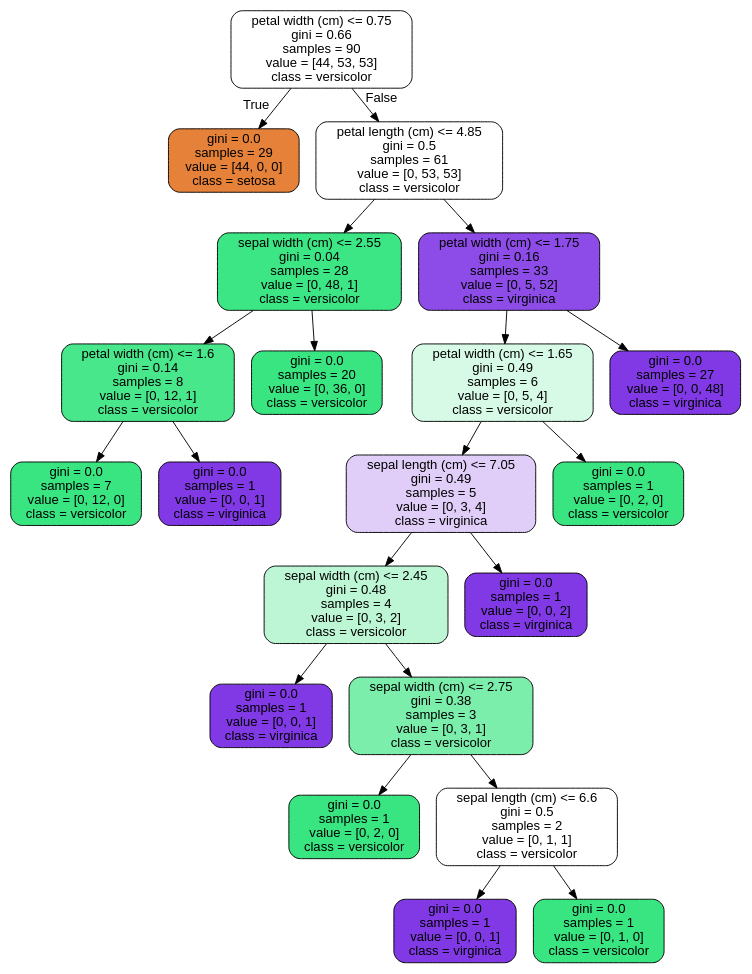
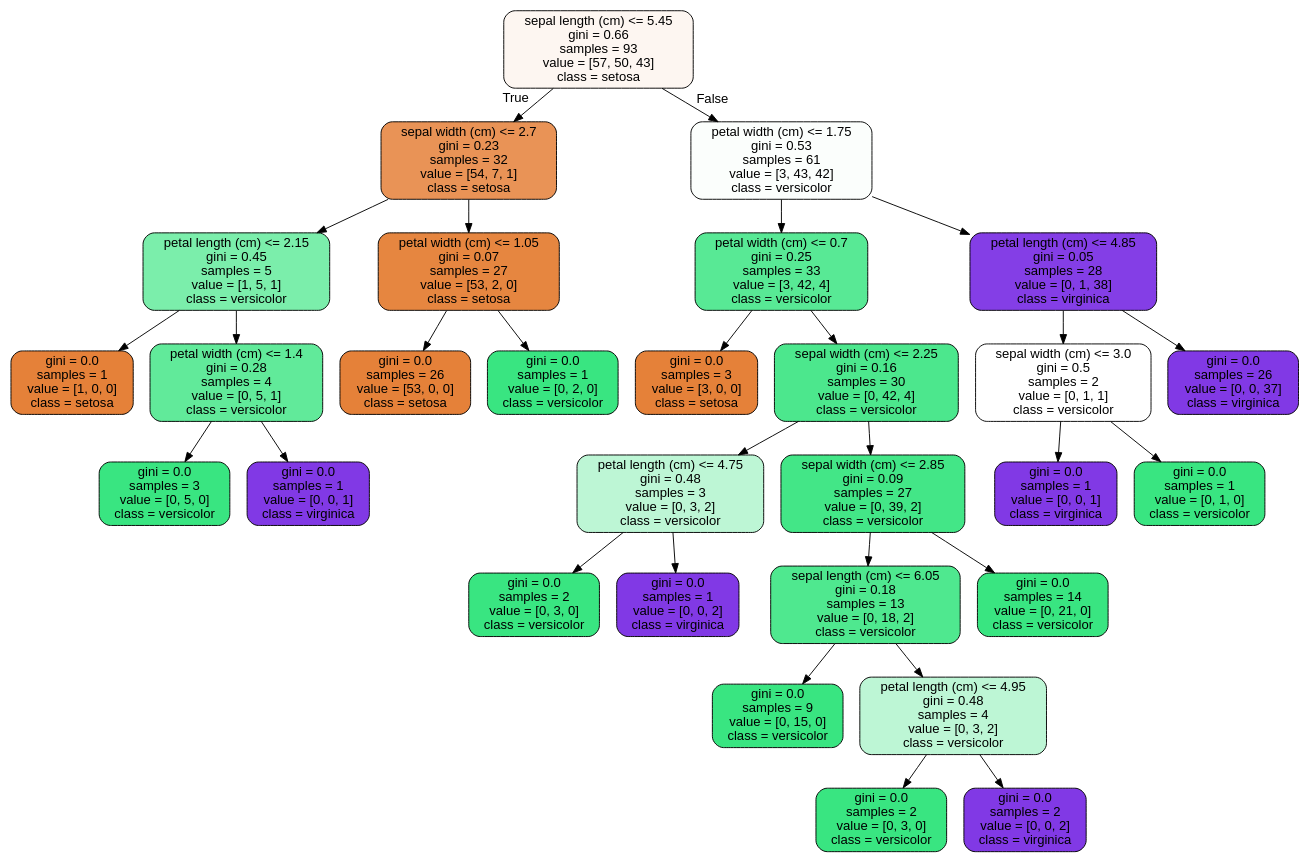
Before and after one commit to arielletannin/springboard: the diagram in 14.4 RandomForest Covid Case Study/tree.dot, drawn with Graphviz. The commit also changed 4 other files, not shown here.

```diff
--- a/14.4 RandomForest Covid Case Study/tree.dot
+++ b/14.4 RandomForest Covid Case Study/tree.dot
@@ -1,45 +1,61 @@
 digraph Tree {
 node [shape=box, style="filled, rounded", color="black", fontname=helvetica] ;
 edge [fontname=helvetica] ;
-0 [label="petal width (cm) <= 0.75\ngini = 0.66\nsamples = 90\nvalue = [44, 53, 53]\nclass = versicolor", fillcolor="#ffffff"] ;
-1 [label="gini = 0.0\nsamples = 29\nvalue = [44, 0, 0]\nclass = setosa", fillcolor="#e58139"] ;
+0 [label="sepal length (cm) <= 5.45\ngini = 0.66\nsamples = 93\nvalue = [57, 50, 43]\nclass = setosa", fillcolor="#fdf6f1"] ;
+1 [label="sepal width (cm) <= 2.7\ngini = 0.23\nsamples = 32\nvalue = [54, 7, 1]\nclass = setosa", fillcolor="#e99356"] ;
 0 -> 1 [labeldistance=2.5, labelangle=45, headlabel="True"] ;
-2 [label="petal length (cm) <= 4.85\ngini = 0.5\nsamples = 61\nvalue = [0, 53, 53]\nclass = versicolor", fillcolor="#ffffff"] ;
-0 -> 2 [labeldistance=2.5, labelangle=-45, headlabel="False"] ;
-3 [label="sepal width (cm) <= 2.55\ngini = 0.04\nsamples = 28\nvalue = [0, 48, 1]\nclass = versicolor", fillcolor="#3de684"] ;
+2 [label="petal length (cm) <= 2.15\ngini = 0.45\nsamples = 5\nvalue = [1, 5, 1]\nclass = versicolor", fillcolor="#7beeab"] ;
+1 -> 2 ;
+3 [label="gini = 0.0\nsamples = 1\nvalue = [1, 0, 0]\nclass = setosa", fillcolor="#e58139"] ;
 2 -> 3 ;
-4 [label="petal width (cm) <= 1.6\ngini = 0.14\nsamples = 8\nvalue = [0, 12, 1]\nclass = versicolor", fillcolor="#49e78c"] ;
-3 -> 4 ;
-5 [label="gini = 0.0\nsamples = 7\nvalue = [0, 12, 0]\nclass = versicolor", fillcolor="#39e581"] ;
+4 [label="petal width (cm) <= 1.4\ngini = 0.28\nsamples = 4\nvalue = [0, 5, 1]\nclass = versicolor", fillcolor="#61ea9a"] ;
+2 -> 4 ;
+5 [label="gini = 0.0\nsamples = 3\nvalue = [0, 5, 0]\nclass = versicolor", fillcolor="#39e581"] ;
 4 -> 5 ;
 6 [label="gini = 0.0\nsamples = 1\nvalue = [0, 0, 1]\nclass = virginica", fillcolor="#8139e5"] ;
 4 -> 6 ;
-7 [label="gini = 0.0\nsamples = 20\nvalue = [0, 36, 0]\nclass = versicolor", fillcolor="#39e581"] ;
-3 -> 7 ;
-8 [label="petal width (cm) <= 1.75\ngini = 0.16\nsamples = 33\nvalue = [0, 5, 52]\nclass = virginica", fillcolor="#8d4ce8"] ;
-2 -> 8 ;
-9 [label="petal width (cm) <= 1.65\ngini = 0.49\nsamples = 6\nvalue = [0, 5, 4]\nclass = versicolor", fillcolor="#d7fae6"] ;
-8 -> 9 ;
-10 [label="sepal length (cm) <= 7.05\ngini = 0.49\nsamples = 5\nvalue = [0, 3, 4]\nclass = virginica", fillcolor="#e0cef8"] ;
-9 -> 10 ;
-11 [label="sepal width (cm) <= 2.45\ngini = 0.48\nsamples = 4\nvalue = [0, 3, 2]\nclass = versicolor", fillcolor="#bdf6d5"] ;
+7 [label="petal width (cm) <= 1.05\ngini = 0.07\nsamples = 27\nvalue = [53, 2, 0]\nclass = setosa", fillcolor="#e68640"] ;
+1 -> 7 ;
+8 [label="gini = 0.0\nsamples = 26\nvalue = [53, 0, 0]\nclass = setosa", fillcolor="#e58139"] ;
+7 -> 8 ;
+9 [label="gini = 0.0\nsamples = 1\nvalue = [0, 2, 0]\nclass = versicolor", fillcolor="#39e581"] ;
+7 -> 9 ;
+10 [label="petal width (cm) <= 1.75\ngini = 0.53\nsamples = 61\nvalue = [3, 43, 42]\nclass = versicolor", fillcolor="#fbfefc"] ;
+0 -> 10 [labeldistance=2.5, labelangle=-45, headlabel="False"] ;
+11 [label="petal width (cm) <= 0.7\ngini = 0.25\nsamples = 33\nvalue = [3, 42, 4]\nclass = versicolor", fillcolor="#58e995"] ;
 10 -> 11 ;
-12 [label="gini = 0.0\nsamples = 1\nvalue = [0, 0, 1]\nclass = virginica", fillcolor="#8139e5"] ;
+12 [label="gini = 0.0\nsamples = 3\nvalue = [3, 0, 0]\nclass = setosa", fillcolor="#e58139"] ;
 11 -> 12 ;
-13 [label="sepal width (cm) <= 2.75\ngini = 0.38\nsamples = 3\nvalue = [0, 3, 1]\nclass = versicolor", fillcolor="#7beeab"] ;
+13 [label="sepal width (cm) <= 2.25\ngini = 0.16\nsamples = 30\nvalue = [0, 42, 4]\nclass = versicolor", fillcolor="#4ce78d"] ;
 11 -> 13 ;
-14 [label="gini = 0.0\nsamples = 1\nvalue = [0, 2, 0]\nclass = versicolor", fillcolor="#39e581"] ;
+14 [label="petal length (cm) <= 4.75\ngini = 0.48\nsamples = 3\nvalue = [0, 3, 2]\nclass = versicolor", fillcolor="#bdf6d5"] ;
 13 -> 14 ;
-15 [label="sepal length (cm) <= 6.6\ngini = 0.5\nsamples = 2\nvalue = [0, 1, 1]\nclass = versicolor", fillcolor="#ffffff"] ;
-13 -> 15 ;
-16 [label="gini = 0.0\nsamples = 1\nvalue = [0, 0, 1]\nclass = virginica", fillcolor="#8139e5"] ;
-15 -> 16 ;
-17 [label="gini = 0.0\nsamples = 1\nvalue = [0, 1, 0]\nclass = versicolor", fillcolor="#39e581"] ;
-15 -> 17 ;
-18 [label="gini = 0.0\nsamples = 1\nvalue = [0, 0, 2]\nclass = virginica", fillcolor="#8139e5"] ;
-10 -> 18 ;
-19 [label="gini = 0.0\nsamples = 1\nvalue = [0, 2, 0]\nclass = versicolor", fillcolor="#39e581"] ;
-9 -> 19 ;
-20 [label="gini = 0.0\nsamples = 27\nvalue = [0, 0, 48]\nclass = virginica", fillcolor="#8139e5"] ;
-8 -> 20 ;
+15 [label="gini = 0.0\nsamples = 2\nvalue = [0, 3, 0]\nclass = versicolor", fillcolor="#39e581"] ;
+14 -> 15 ;
+16 [label="gini = 0.0\nsamples = 1\nvalue = [0, 0, 2]\nclass = virginica", fillcolor="#8139e5"] ;
+14 -> 16 ;
+17 [label="sepal width (cm) <= 2.85\ngini = 0.09\nsamples = 27\nvalue = [0, 39, 2]\nclass = versicolor", fillcolor="#43e687"] ;
+13 -> 17 ;
+18 [label="sepal length (cm) <= 6.05\ngini = 0.18\nsamples = 13\nvalue = [0, 18, 2]\nclass = versicolor", fillcolor="#4fe88f"] ;
+17 -> 18 ;
+19 [label="gini = 0.0\nsamples = 9\nvalue = [0, 15, 0]\nclass = versicolor", fillcolor="#39e581"] ;
+18 -> 19 ;
+20 [label="petal length (cm) <= 4.95\ngini = 0.48\nsamples = 4\nvalue = [0, 3, 2]\nclass = versicolor", fillcolor="#bdf6d5"] ;
+18 -> 20 ;
+21 [label="gini = 0.0\nsamples = 2\nvalue = [0, 3, 0]\nclass = versicolor", fillcolor="#39e581"] ;
+20 -> 21 ;
+22 [label="gini = 0.0\nsamples = 2\nvalue = [0, 0, 2]\nclass = virginica", fillcolor="#8139e5"] ;
+20 -> 22 ;
+23 [label="gini = 0.0\nsamples = 14\nvalue = [0, 21, 0]\nclass = versicolor", fillcolor="#39e581"] ;
+17 -> 23 ;
+24 [label="petal length (cm) <= 4.85\ngini = 0.05\nsamples = 28\nvalue = [0, 1, 38]\nclass = virginica", fillcolor="#843ee6"] ;
+10 -> 24 ;
+25 [label="sepal width (cm) <= 3.0\ngini = 0.5\nsamples = 2\nvalue = [0, 1, 1]\nclass = versicolor", fillcolor="#ffffff"] ;
+24 -> 25 ;
+26 [label="gini = 0.0\nsamples = 1\nvalue = [0, 0, 1]\nclass = virginica", fillcolor="#8139e5"] ;
+25 -> 26 ;
+27 [label="gini = 0.0\nsamples = 1\nvalue = [0, 1, 0]\nclass = versicolor", fillcolor="#39e581"] ;
+25 -> 27 ;
+28 [label="gini = 0.0\nsamples = 26\nvalue = [0, 0, 37]\nclass = virginica", fillcolor="#8139e5"] ;
+24 -> 28 ;
 }
```
